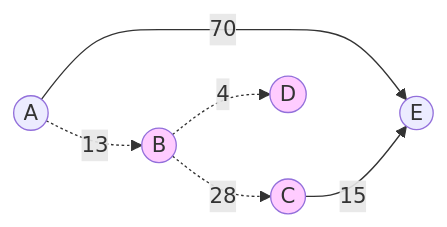
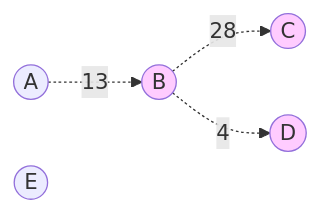
One commit to dmjcb/SelfBlog changed the third of 4 diagrams in DataStructures/Graph/2022-02-13-SPFA最短路.md. Above: the diagram before and after it, drawn with Mermaid. The commit also changed other lines of this file and 224 other files, not shown here.

````diff
--- a/DataStructures/Graph/2022-02-13-SPFA最短路.md
+++ b/DataStructures/Graph/2022-02-13-SPFA最短路.md
@@ -83,19 +75,17 @@
 ```mermaid
 graph LR
     A((A))
     B((B))
     C((C))
     D((D))
     E((E))
 
     A -.13-.-> B
-    A --70--> E
     B -.28-.-> C
     B -.4-.-> D
-    C --15--> E
 
     B:::Style
     C:::Style
     D:::Style
     classDef Style fill:#FFCCFF
 ```
````
